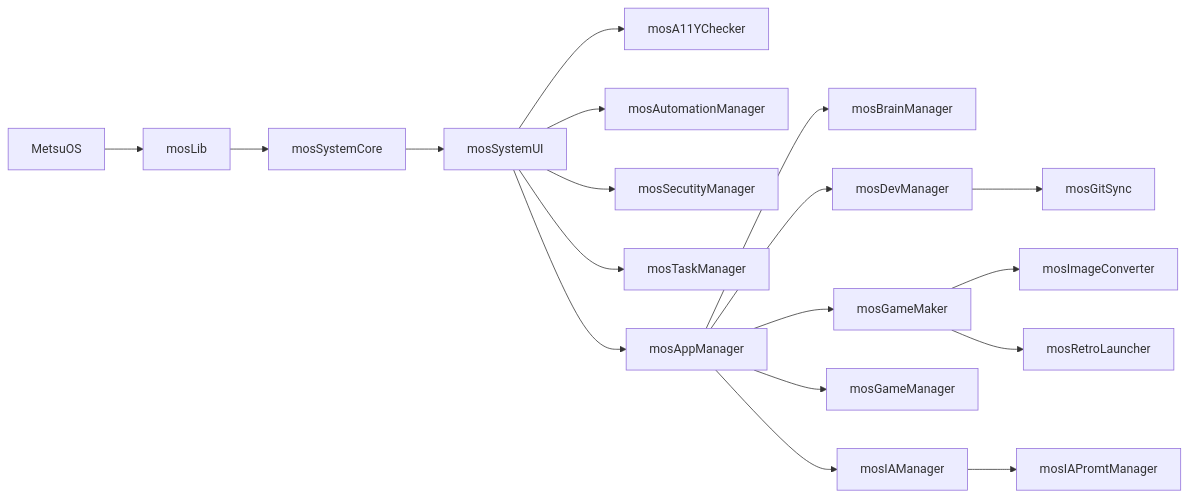
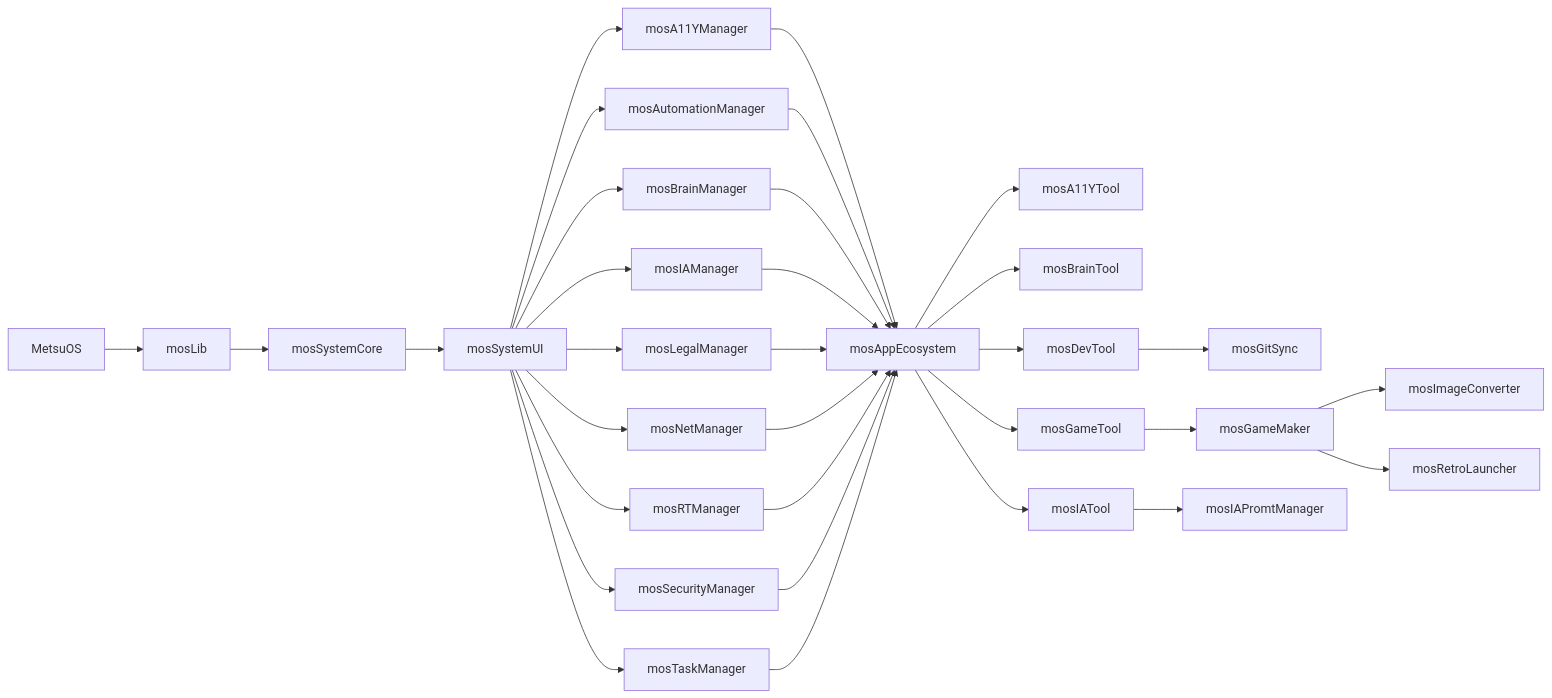
Before and after one commit to metsuke/23-MetsuOS-PublicBrain: the third of 3 diagrams in Apps.md, drawn with Mermaid. The commit also changed other lines of this file and 2 other files, not shown here.

Commit message:
Avance Curso Retro-X

````diff
--- a/Apps.md
+++ b/Apps.md
@@ -139,20 +183,34 @@
 ```mermaid
 graph LR
     A[MetsuOS] --> B[mosLib]
     B --> C[mosSystemCore]
     C --> D[mosSystemUI]
-    D --> E[mosA11YChecker]
+    D --> E[mosA11YManager]
     D --> F[mosAutomationManager]
-    D --> G[mosSecutityManager]
-    D --> H[mosTaskManager]
-    D --> I[mosAppManager]
-    I --> J[mosBrainManager]
-    I --> K[mosDevManager]
-    K --> L[mosGitSync]
-    I --> M[mosGameMaker]
-    M --> N[mosImageConverter]
-    M --> O[mosRetroLauncher]
-    I --> P[mosGameManager]
-    I --> Q[mosIAManager]
-    Q --> R[mosIAPromtManager]
+    D --> G[mosBrainManager]
+    D --> H[mosIAManager]
+    D --> I[mosLegalManager]
+    D --> J[mosNetManager]
+    D --> K[mosRTManager]
+    D --> L[mosSecurityManager]
+    D --> M[mosTaskManager]
+    E --> N[mosAppEcosystem]
+    F --> N[mosAppEcosystem]
+    G --> N[mosAppEcosystem]
+    H --> N[mosAppEcosystem]
+    I --> N[mosAppEcosystem]
+    J --> N[mosAppEcosystem]
+    K --> N[mosAppEcosystem]
+    L --> N[mosAppEcosystem]
+    M --> N[mosAppEcosystem]
+    N --> O[mosA11YTool]
+    N --> P[mosBrainTool]
+    N --> Q[mosDevTool]
+    Q --> R[mosGitSync]
+    N --> S[mosGameTool]
+    V --> T[mosImageConverter]
+    V --> U[mosRetroLauncher]
+    S --> V[mosGameMaker]    
+    N --> W[mosIATool]
+    W --> X[mosIAPromtManager]
 ```
````
